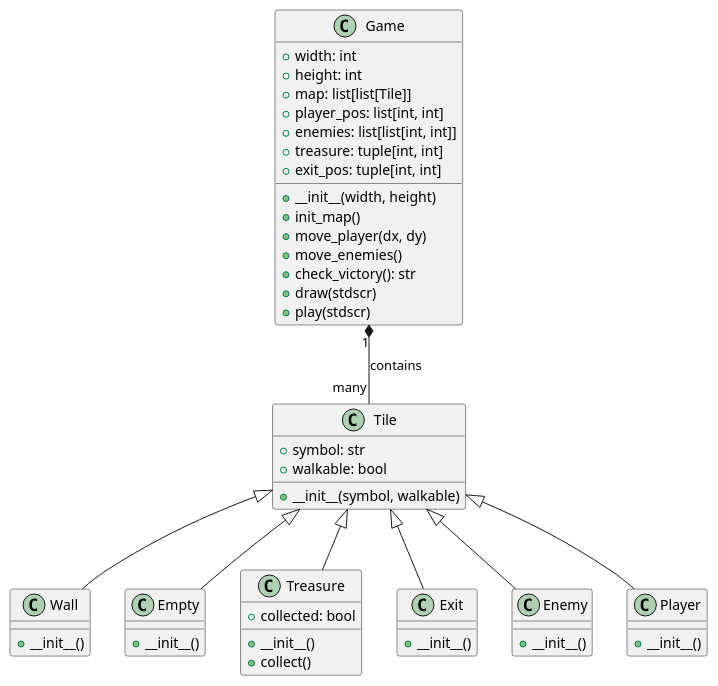
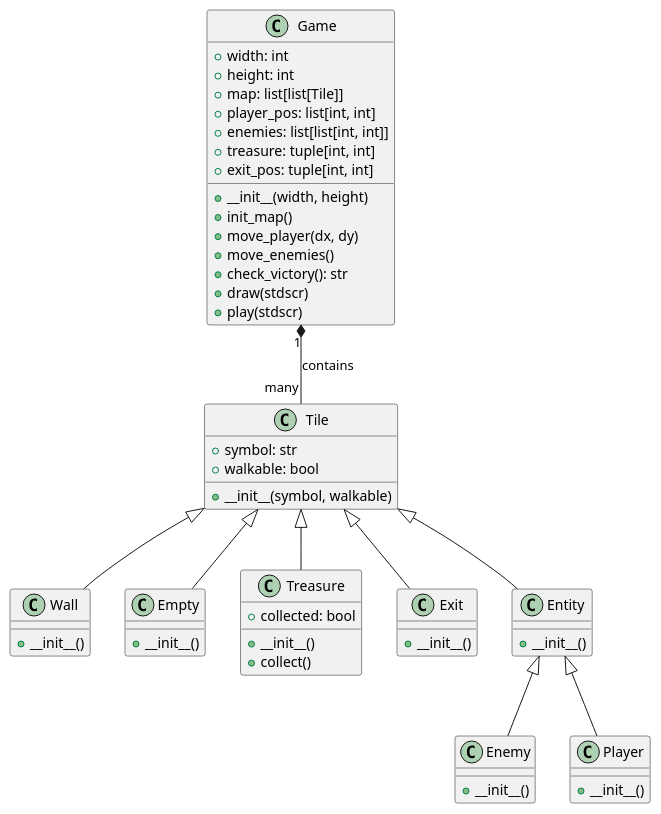
Before and after one commit to lsc-jh/mi-2: the diagram in 2024-2025-2/class-05/game.puml, drawn with PlantUML. The commit also changed 1 other file, not shown here.

```diff
--- a/2024-2025-2/class-05/game.puml
+++ b/2024-2025-2/class-05/game.puml
@@ -1,59 +1,66 @@
 @startuml
 class Tile {
     + symbol: str
     + walkable: bool
     + __init__(symbol, walkable)
 }
 
 class Wall {
     + __init__()
 }
 
 class Empty {
     + __init__()
 }
 
 class Treasure {
     + collected: bool
     + __init__()
     + collect()
 }
 
 class Exit {
     + __init__()
 }
+
+class Entity {
+    + __init__()
+
+}
+
+Tile <|-- Entity
 
 class Enemy {
     + __init__()
 }
 
 class Player {
     + __init__()
 }
 
 class Game {
     + width: int
     + height: int
     + map: list[list[Tile]]
     + player_pos: list[int, int]
     + enemies: list[list[int, int]]
     + treasure: tuple[int, int]
     + exit_pos: tuple[int, int]
     + __init__(width, height)
     + init_map()
     + move_player(dx, dy)
     + move_enemies()
     + check_victory(): str
     + draw(stdscr)
     + play(stdscr)
 }
 
 Tile <|-- Wall
 Tile <|-- Empty
 Tile <|-- Treasure
 Tile <|-- Exit
-Tile <|-- Enemy
-Tile <|-- Player
+Entity <|-- Enemy
+Entity <|-- Player
 
 Game "1" *-- "many" Tile : contains
 @enduml
```
